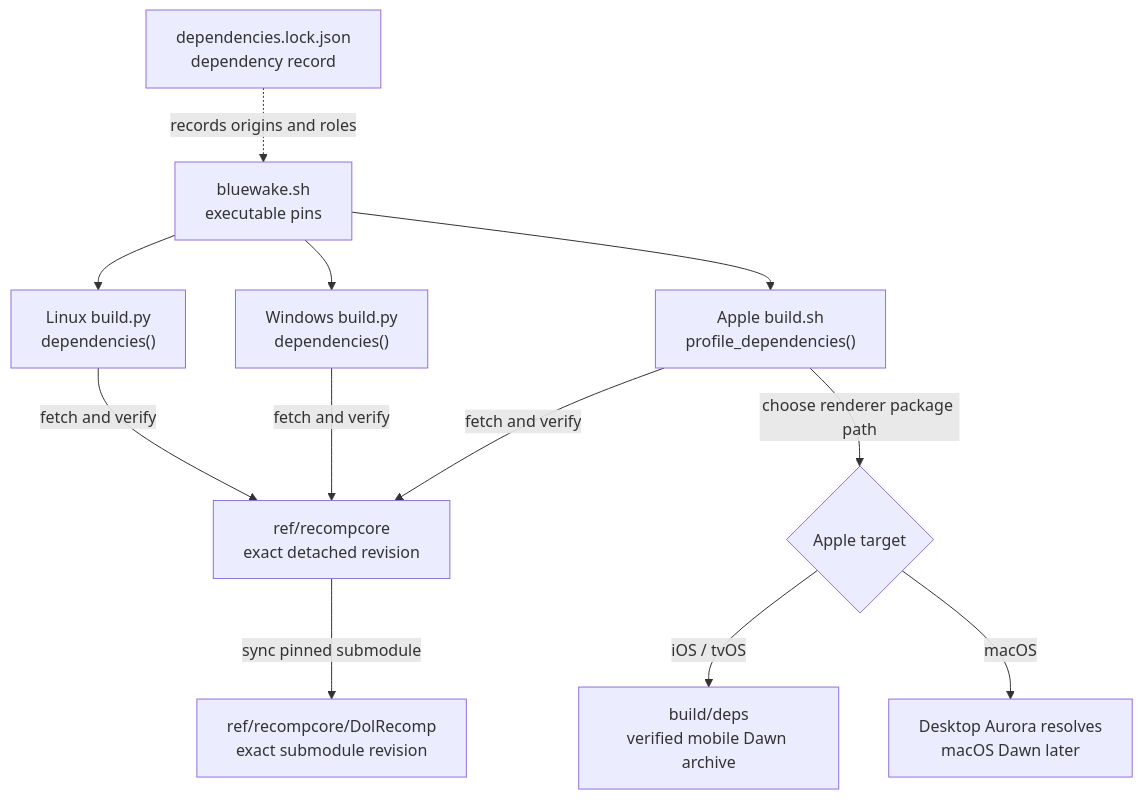
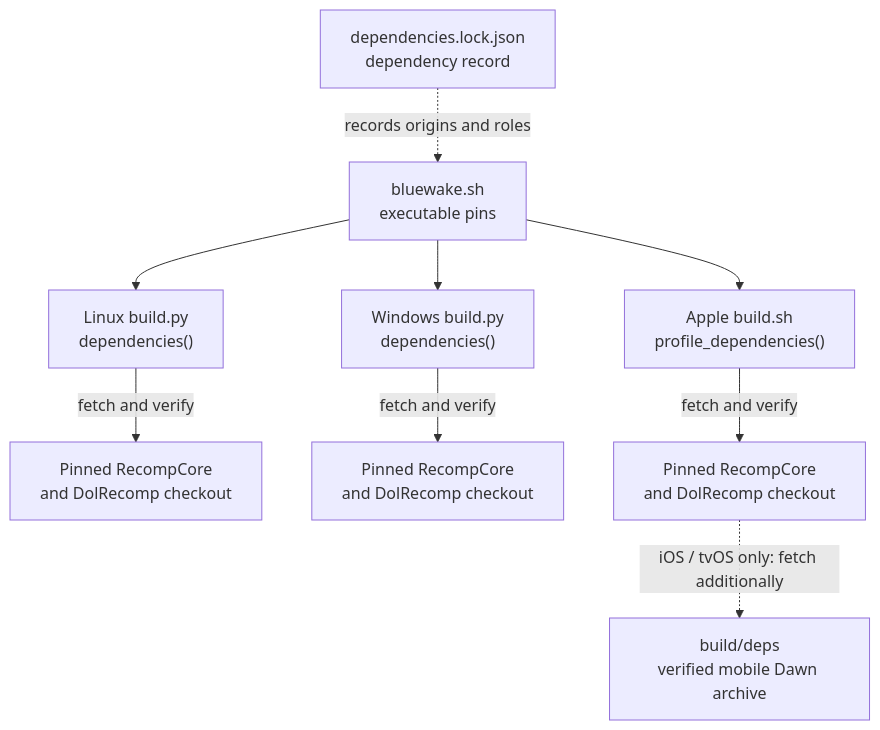
Before and after one commit to Aelbannan/boat_of_daphnes: the third of 3 diagrams in docs/architecture/Build.md, drawn with Mermaid. The commit also changed other lines of this file, not shown here.

Commit message:
docs: make Apple dependency fetch sequential

````diff
--- a/docs/architecture/Build.md
+++ b/docs/architecture/Build.md
@@ -165,25 +165,21 @@
 ```mermaid
 flowchart TD
     Profile["bluewake.sh<br/>executable pins"]
     Lock["dependencies.lock.json<br/>dependency record"]
     Linux["Linux build.py<br/>dependencies()"]
     Windows["Windows build.py<br/>dependencies()"]
     Apple["Apple build.sh<br/>profile_dependencies()"]
-    AppleTarget{"Apple target"}
-    RecompCore["ref/recompcore<br/>exact detached revision"]
-    DolRecomp["ref/recompcore/DolRecomp<br/>exact submodule revision"]
+    LinuxGit["Pinned RecompCore<br/>and DolRecomp checkout"]
+    WindowsGit["Pinned RecompCore<br/>and DolRecomp checkout"]
+    AppleGit["Pinned RecompCore<br/>and DolRecomp checkout"]
     Dawn["build/deps<br/>verified mobile Dawn archive"]
-    MacDawn["Desktop Aurora resolves<br/>macOS Dawn later"]
 
     Profile --> Linux
     Profile --> Windows
     Profile --> Apple
-    Linux -->|fetch and verify| RecompCore
-    Windows -->|fetch and verify| RecompCore
-    Apple -->|fetch and verify| RecompCore
-    RecompCore -->|sync pinned submodule| DolRecomp
-    Apple -->|choose renderer package path| AppleTarget
-    AppleTarget -->|iOS / tvOS| Dawn
-    AppleTarget -->|macOS| MacDawn
+    Linux -->|fetch and verify| LinuxGit
+    Windows -->|fetch and verify| WindowsGit
+    Apple -->|fetch and verify| AppleGit
+    AppleGit -. "iOS / tvOS only: fetch additionally" .-> Dawn
     Lock -. "records origins and roles" .-> Profile
 ```
````
